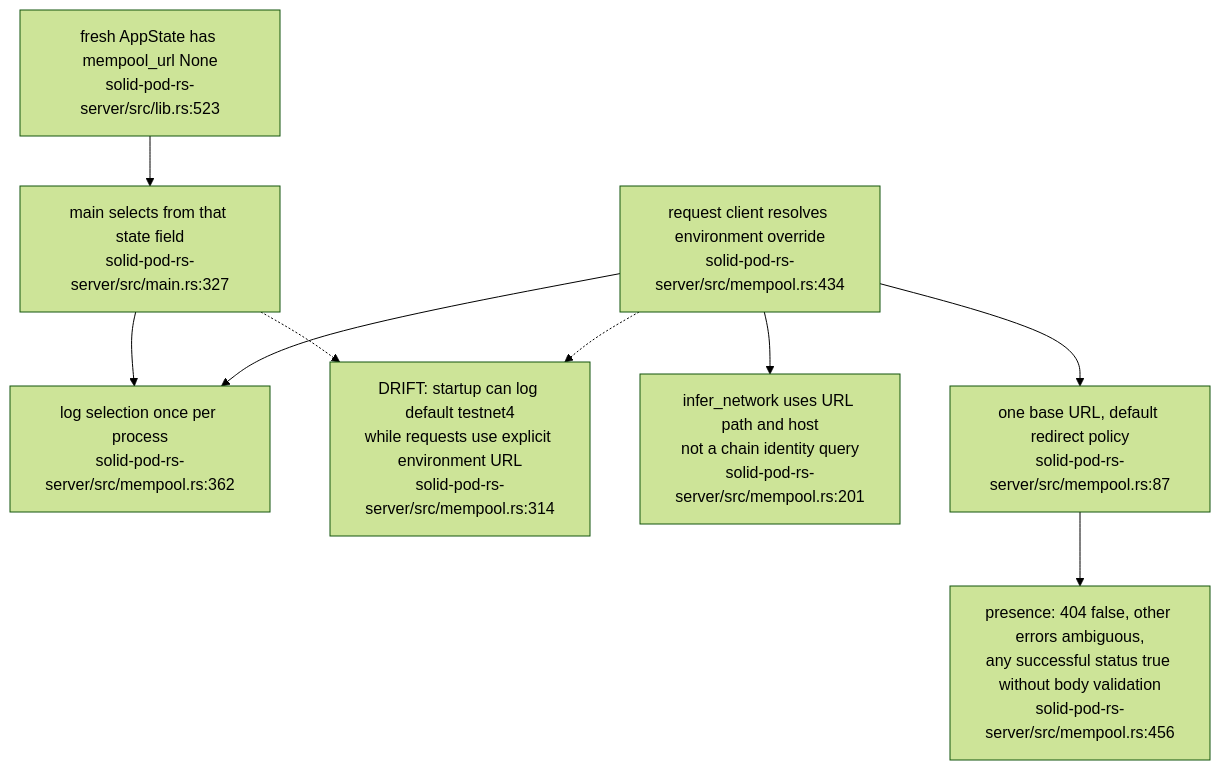
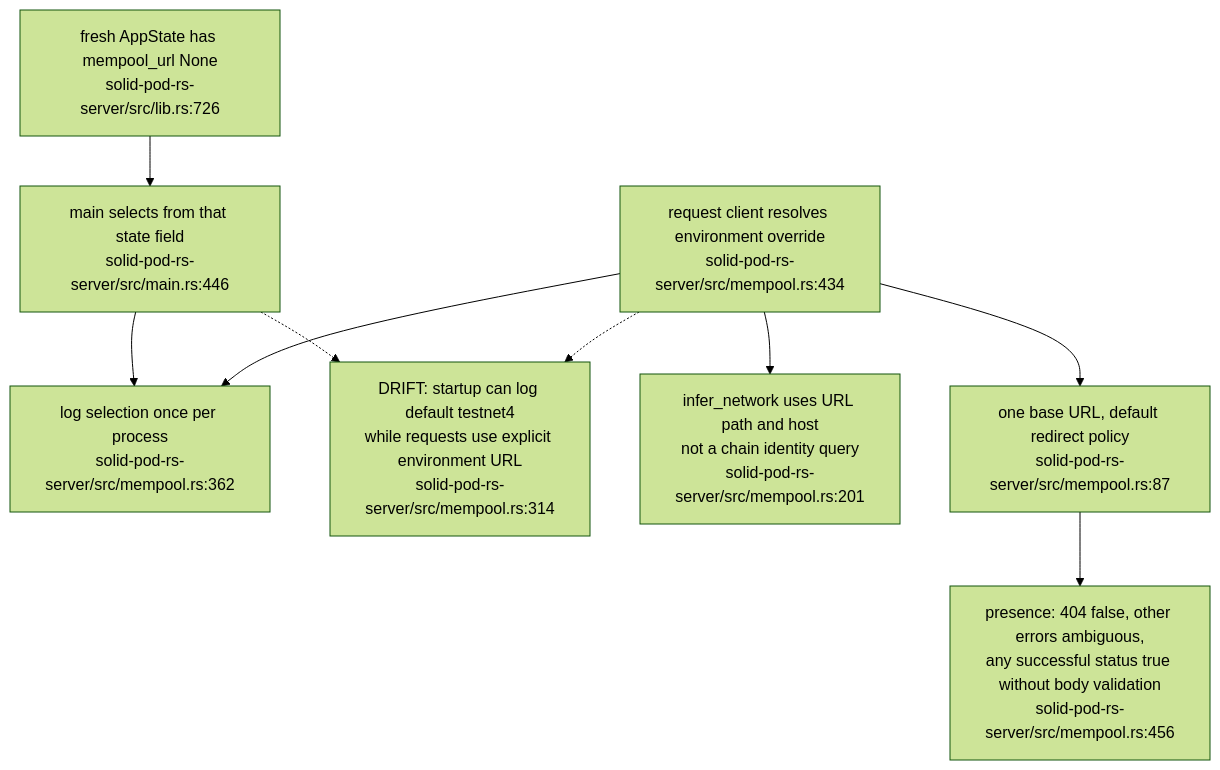
Before and after one commit to DreamLab-AI/VisionFlow: the tenth of 19 diagrams in docs/diagrams/solid-pod-rs/07-provenance-and-payments.md, drawn with Mermaid (forest theme). The commit also changed other lines of this file and 2 other files, not shown here.

First line of the commit message:
docs(diagrams): SP-07, SP-10, SP-15 re-verified at solid-pod-rs a28a748

````diff
--- a/docs/diagrams/solid-pod-rs/07-provenance-and-payments.md
+++ b/docs/diagrams/solid-pod-rs/07-provenance-and-payments.md
@@ -295,17 +297,17 @@
 ```mermaid
 flowchart TD
-    STATE["fresh AppState has mempool_url None<br/>solid-pod-rs-server/src/lib.rs:523"]
-    BOOT["main selects from that state field<br/>solid-pod-rs-server/src/main.rs:327"]
+    STATE["fresh AppState has mempool_url None<br/>solid-pod-rs-server/src/lib.rs:726"]
+    BOOT["main selects from that state field<br/>solid-pod-rs-server/src/main.rs:446"]
     LOG["log selection once per process<br/>solid-pod-rs-server/src/mempool.rs:362"]
     ENV["request client resolves environment override<br/>solid-pod-rs-server/src/mempool.rs:434"]
     DIFF["DRIFT: startup can log default testnet4<br/>while requests use explicit environment URL<br/>solid-pod-rs-server/src/mempool.rs:314"]
     INF["infer_network uses URL path and host<br/>not a chain identity query<br/>solid-pod-rs-server/src/mempool.rs:201"]
     HTTP["one base URL, default redirect policy<br/>solid-pod-rs-server/src/mempool.rs:87"]
     PRES["presence: 404 false, other errors ambiguous,<br/>any successful status true without body validation<br/>solid-pod-rs-server/src/mempool.rs:456"]
     STATE --> BOOT --> LOG
     ENV --> LOG
     BOOT -.-> DIFF
     ENV -.-> DIFF
     ENV --> INF
     ENV --> HTTP --> PRES
 ```
````
